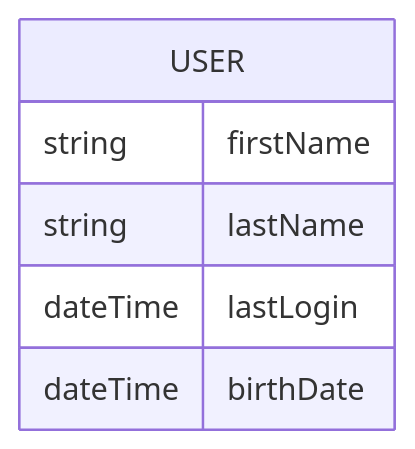
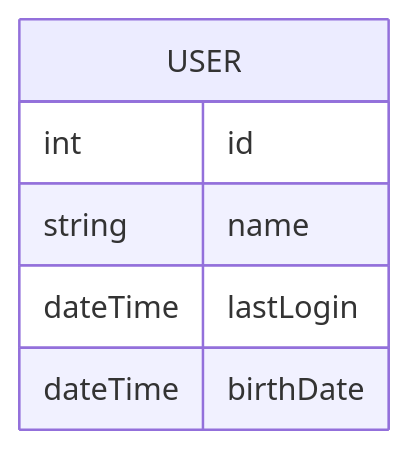
The diagram in Explicit/dbase.md (vanderbilt/php-training-samples), drawn with Mermaid before and after one commit. The commit also changed 2 other files, not shown here.

Commit message:
Add example of joined first name.

````diff
--- a/Explicit/dbase.md
+++ b/Explicit/dbase.md
@@ -1,9 +1,9 @@
 ```mermaid
 erDiagram
     USER {
-        string firstName
-        string lastName
+        int id
+        string name
         dateTime lastLogin
         dateTime birthDate
     }
 ```
````
